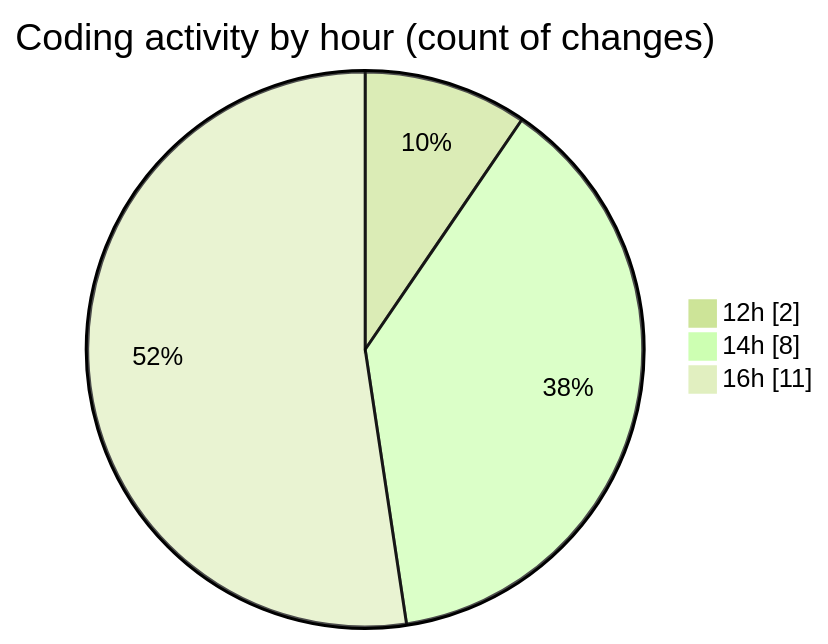
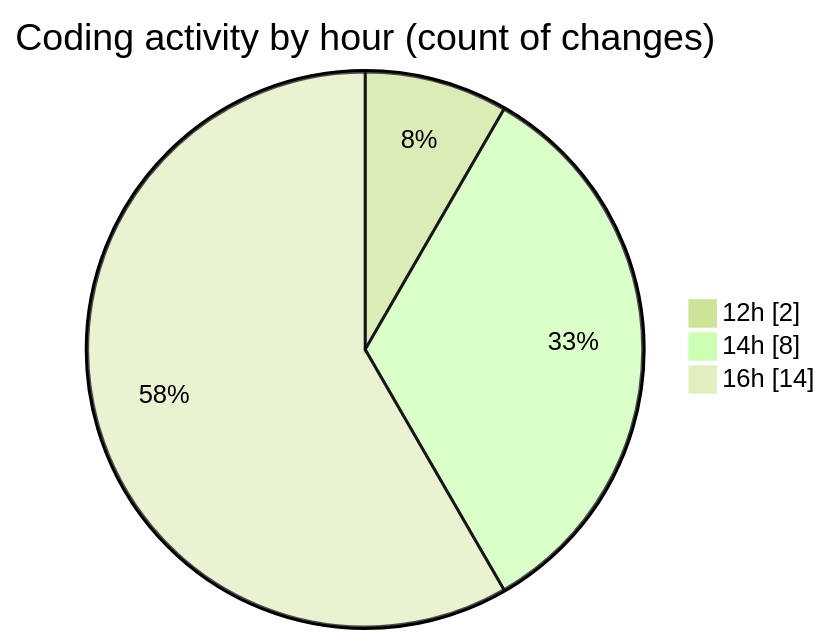
Before and after one commit to nxtqubesakshisongat/code-tracking: the second of 2 diagrams in 2026-04-07/airfeed-analytics-dashboard/README.md, drawn with Mermaid (forest theme). The commit also changed other lines of this file and 1 other file, not shown here.

````diff
--- a/2026-04-07/airfeed-analytics-dashboard/README.md
+++ b/2026-04-07/airfeed-analytics-dashboard/README.md
@@ -36,7 +36,7 @@
 ```mermaid
 pie showData
 title Coding activity by hour (count of changes)
 "12h" : 2
 "14h" : 8
-"16h" : 11
+"16h" : 14
 ```
````
